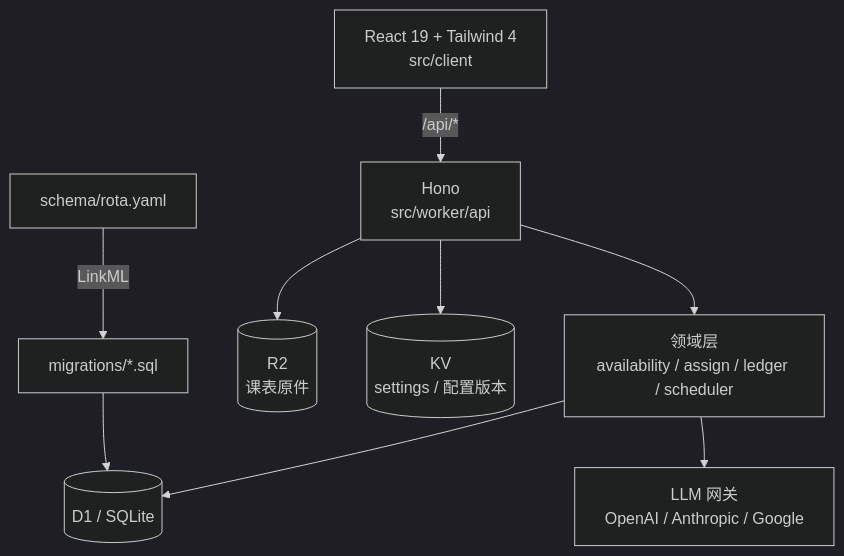
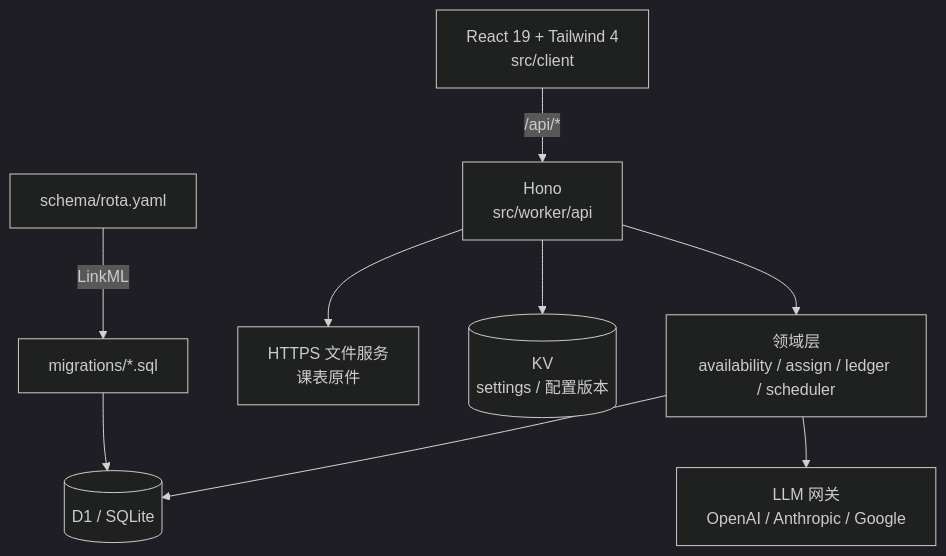
Before and after one commit to PlutoKeating/Project.Rota: the diagram in README.md, drawn with Mermaid (dark theme). The commit also changed other lines of this file and 4 other files, not shown here.

````diff
--- a/README.md
+++ b/README.md
@@ -53,11 +56,11 @@
 ```mermaid
 flowchart TB
     A[React 19 + Tailwind 4<br/>src/client] -->|/api/*| B[Hono<br/>src/worker/api]
     B --> C[领域层<br/>availability / assign / ledger / scheduler]
     C --> E[(D1 / SQLite)]
-    B --> F[(R2<br/>课表原件)]
+    B --> F[HTTPS 文件服务<br/>课表原件]
     B --> G[(KV<br/>settings / 配置版本)]
     C --> H[LLM 网关<br/>OpenAI / Anthropic / Google]
     I[schema/rota.yaml] -->|LinkML| J[migrations/*.sql]
     J --> E
 ```
````
